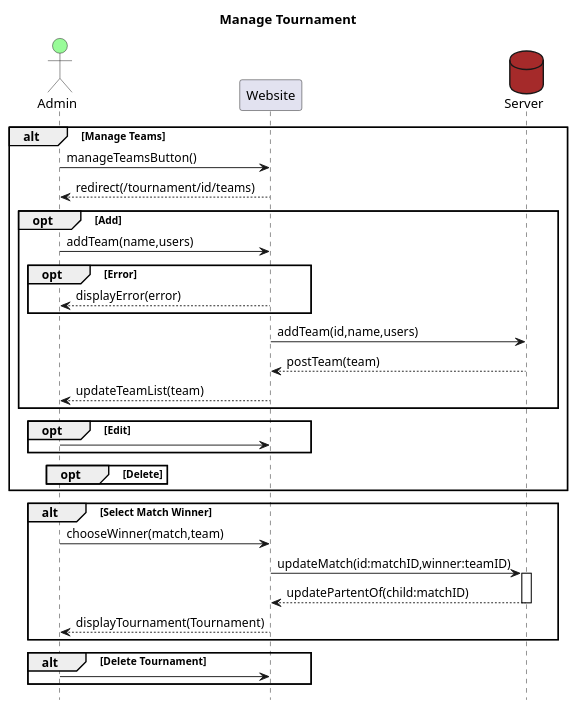
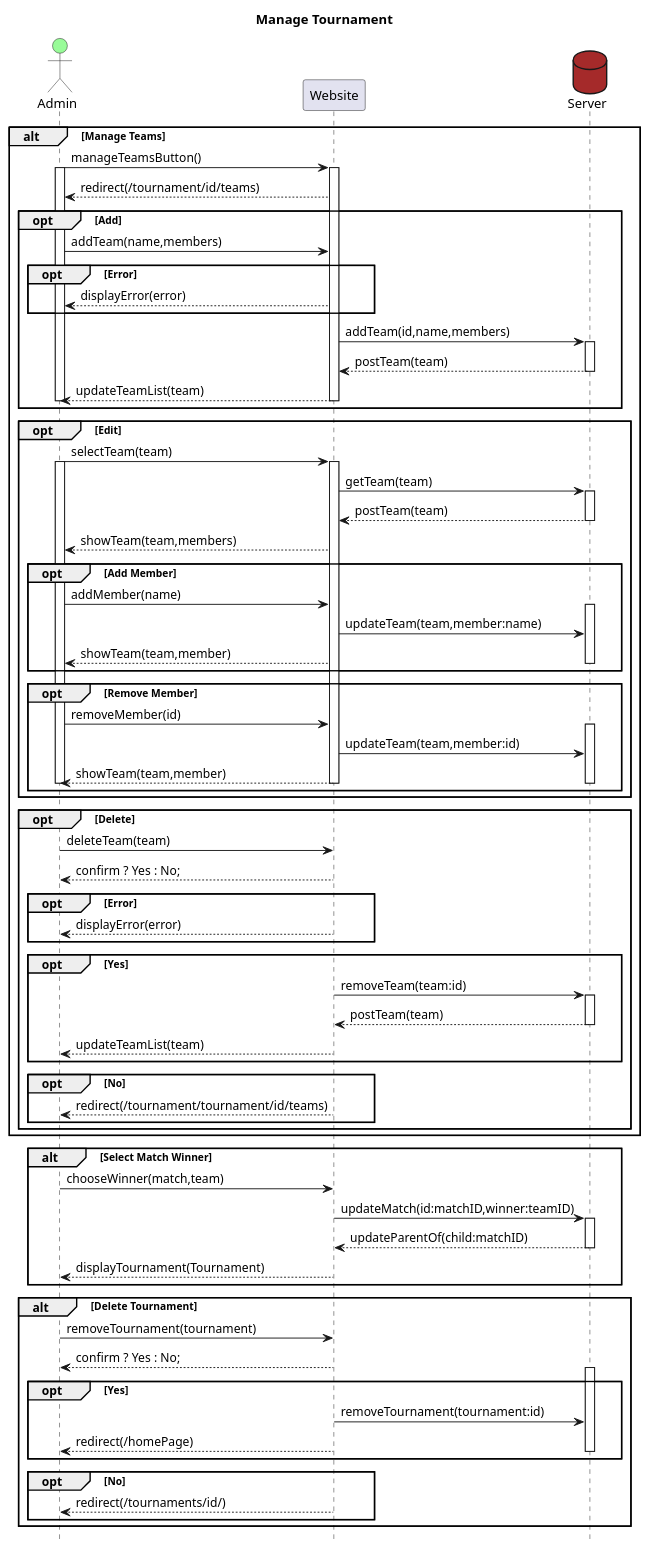
Before and after one commit to felixalbrigtsen/asura-tmdb: the diagram in documentation/sequence_diagrams/sequenceDiagramManage.puml, drawn with PlantUML.

Commit message:
almost completed manage diagram

```diff
--- a/documentation/sequence_diagrams/sequenceDiagramManage.puml
+++ b/documentation/sequence_diagrams/sequenceDiagramManage.puml
@@ -1,41 +1,103 @@
 @startuml Manage Tournament
 title Manage Tournament
 Actor Admin #palegreen
 participant Website
 database Server #brown
 hide footbox
 
 alt Manage Teams
     Admin->Website: manageTeamsButton()
+    activate Admin
+    activate Website
     Website-->Admin: redirect(/tournament/id/teams)
-    opt Add 
-        Admin->Website: addTeam(name,users)
-            opt Error
-                Website-->Admin: displayError(error)
+        opt Add 
+            Admin->Website: addTeam(name,members)
+                opt Error
+                    Website-->Admin: displayError(error)
+                end
+            Website->Server: addTeam(id,name,members)
+            activate Server
+            Server-->Website: postTeam(team)
+            deactivate Server
+            Website-->Admin: updateTeamList(team)
+            deactivate Admin
+            deactivate Website
+        end
+    opt Edit
+        Admin->Website: selectTeam(team)
+        activate Admin
+        activate Website
+        Website->Server: getTeam(team)
+        activate Server
+        Server-->Website: postTeam(team)
+        deactivate Server
+        Website-->Admin: showTeam(team,members)
+            opt Add Member 
+                Admin->Website: addMember(name)
+                activate Server
+                Website->Server: updateTeam(team,member:name) 
+                Website-->Admin: showTeam(team,member)
+                deactivate Server
             end
-        Website->Server: addTeam(id,name,users)
-        Server-->Website: postTeam(team)
-        Website-->Admin: updateTeamList(team)
+            opt Remove Member
+                Admin->Website: removeMember(id)
+                activate Server
+                Website->Server: updateTeam(team,member:id)
+                Website-->Admin: showTeam(team,member)
+                deactivate Server
+                deactivate Admin
+                deactivate Website
+            end
+        
     end
-    opt Edit
-        Admin->Website: 
-    end
+
     opt Delete
+    activate Admin
+    activate Website
+        Admin->Website: deleteTeam(team)
+        Website-->Admin: confirm ? Yes : No;
+                opt Error
+                    Website-->Admin: displayError(error)
+                end
+            opt Yes
+                Website->Server: removeTeam(team:id)
+                activate Server
+                Server-->Website: postTeam(team)
+                deactivate Server
+                Website-->Admin: updateTeamList(team)
+            end
+            opt No
+                Website-->Admin: redirect(/tournament/tournament/id/teams)
+            end
+        deactivate Admin
+        deactivate Website
     end
 end
 
 alt Select Match Winner
     Admin->Website: chooseWinner(match,team)
     Website->Server: updateMatch(id:matchID,winner:teamID)
-        activate Server
-    Server-->Website: updatePartentOf(child:matchID)
-        deactivate Server
+activate Server
+    Server-->Website: updateParentOf(child:matchID)
+deactivate Server
     Website-->Admin: displayTournament(Tournament)
 end
 
 alt Delete Tournament
-    Admin->Website: 
+    Admin->Website: removeTournament(tournament)
+    Website-->Admin: confirm ? Yes : No; 
+    opt Yes 
+        activate Server
+        Website->Server: removeTournament(tournament:id)
+        Website-->Admin: redirect(/homePage)
+        deactivate Server
+    end
+    opt No
+        Website-->Admin: redirect(/tournaments/id/)
+    end
+    deactivate Admin
+    deactivate Website
 end
 
 
 @enduml
```
